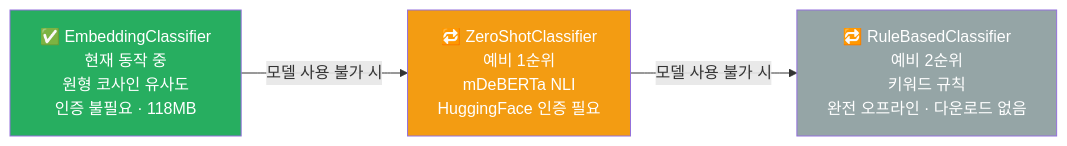
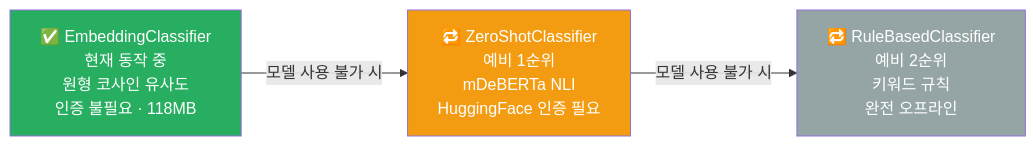
One commit to Userlsj-project/VideoLabs changed the seventh of 14 diagrams in PRESENTATION.md. Above: the diagram before and after it, drawn with Mermaid. The commit also changed other lines of this file, not shown here.

````diff
--- a/PRESENTATION.md
+++ b/PRESENTATION.md
@@ -100,13 +292,13 @@
 ```mermaid
 flowchart LR
     A["✅ EmbeddingClassifier\n현재 동작 중\n원형 코사인 유사도\n인증 불필요 · 118MB"]
     B["🔁 ZeroShotClassifier\n예비 1순위\nmDeBERTa NLI\nHuggingFace 인증 필요"]
-    C["🔁 RuleBasedClassifier\n예비 2순위\n키워드 규칙\n완전 오프라인 · 다운로드 없음"]
+    C["🔁 RuleBasedClassifier\n예비 2순위\n키워드 규칙\n완전 오프라인"]
 
     A -->|모델 사용 불가 시| B
     B -->|모델 사용 불가 시| C
 
     style A fill:#27AE60,color:#fff
     style B fill:#F39C12,color:#fff
     style C fill:#95A5A6,color:#fff
 ```
````
